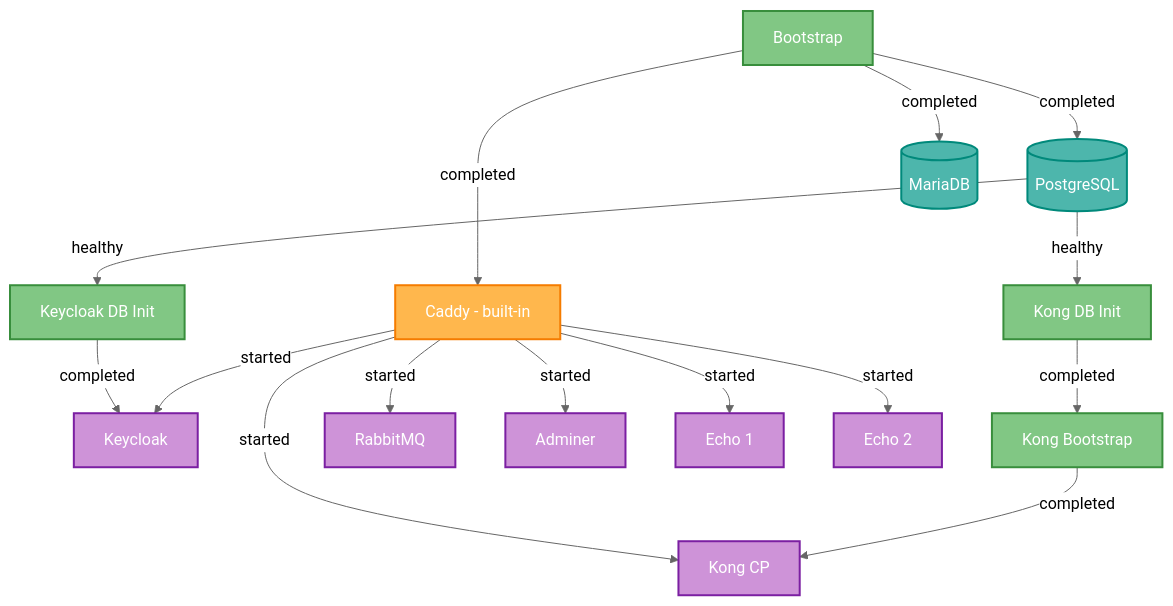
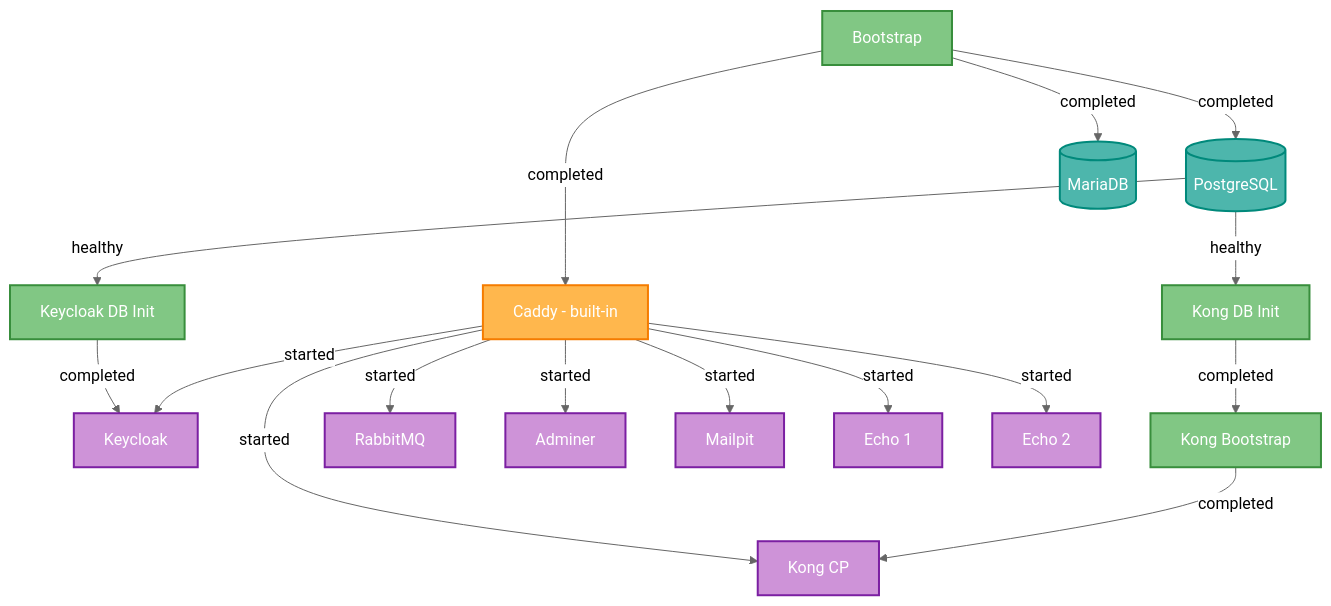
The diagram in README.it.md (apug/DcmBase), drawn with Mermaid (neutral theme) before and after one commit. The commit also changed other lines of this file and 2 other files, not shown here.

Commit message:
docs: add Mailpit to dcm.yml, README.md and README.it.md

````diff
--- a/README.it.md
+++ b/README.it.md
@@ -41,34 +42,35 @@
 ```mermaid
 graph TD
     bootstrap[Bootstrap]
     caddy[Caddy - built-in]
 
     bootstrap -->|completed| caddy
     bootstrap -->|completed| postgresql[(PostgreSQL)]
     bootstrap -->|completed| mariadb[(MariaDB)]
 
     caddy -->|started| keycloak[Keycloak]
     postgresql -->|healthy| keycloak-db-init[Keycloak DB Init]
     keycloak-db-init -->|completed| keycloak
 
     postgresql -->|healthy| kong-db-init[Kong DB Init]
     kong-db-init -->|completed| kong-bootstrap[Kong Bootstrap]
     kong-bootstrap -->|completed| kong-cp[Kong CP]
     caddy -->|started| kong-cp
 
     caddy -->|started| rabbitmq[RabbitMQ]
     caddy -->|started| adminer[Adminer]
+    caddy -->|started| mailpit[Mailpit]
     caddy -->|started| echo1[Echo 1]
     caddy -->|started| echo2[Echo 2]
 
     classDef database fill:#4DB6AC,stroke:#00897B,color:#fff,stroke-width:2px
     classDef bootstrap fill:#90CAF9,stroke:#1976D2,color:#fff,stroke-width:2px
     classDef service fill:#CE93D8,stroke:#7B1FA2,color:#fff,stroke-width:2px
     classDef proxy fill:#FFB74D,stroke:#F57C00,color:#fff,stroke-width:2px
     classDef lifecycle fill:#81C784,stroke:#388E3C,color:#fff,stroke-width:2px
 
     class postgresql,mariadb database
     class bootstrap,kong-bootstrap,kong-db-init,keycloak-db-init lifecycle
-    class keycloak,kong-cp,rabbitmq,adminer,echo1,echo2 service
+    class keycloak,kong-cp,rabbitmq,adminer,mailpit,echo1,echo2 service
     class caddy proxy
 ```
````
